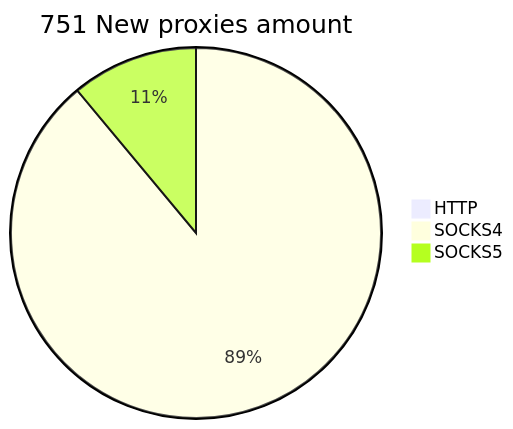
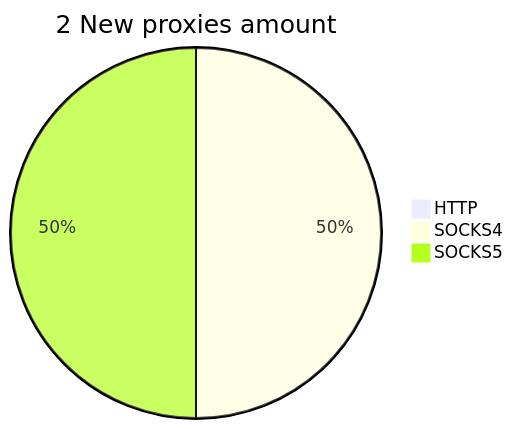
The second of 2 diagrams in README.md (cutipu/proxylist), drawn with Mermaid before and after one commit. The commit also changed other lines of this file, not shown here.

````diff
--- a/README.md
+++ b/README.md
@@ -10,6 +10,6 @@
 ```mermaid
-pie title 751 New proxies amount
+pie title 2 New proxies amount
     "HTTP" : 0
-    "SOCKS4" : 668
-    "SOCKS5" : 83
+    "SOCKS4" : 1
+    "SOCKS5" : 1
 ```
````
